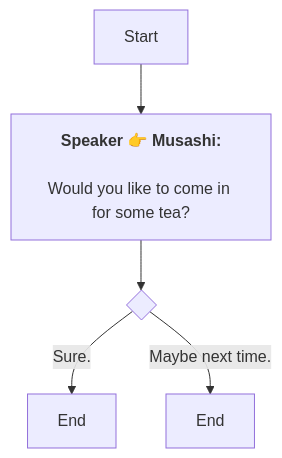
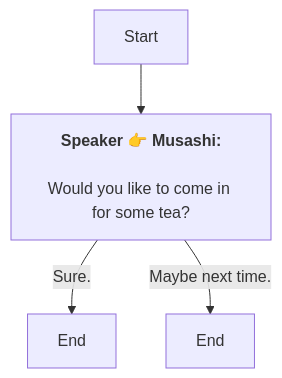
The diagram in En/QuestTalkObjectiveNode_1772948139587879.md (SoftHu/tos_avg), drawn with Mermaid before and after one commit. The commit also changed 737 other files, not shown here.

````diff
--- a/En/QuestTalkObjectiveNode_1772948139587879.md
+++ b/En/QuestTalkObjectiveNode_1772948139587879.md
@@ -1,11 +1,9 @@
 ```mermaid
 graph
 Start -->1772948159849771[<b>Speaker 👉 Musashi:</b>
+\nWould you like to come in for some tea? 
+]
+1772948159849771 -->|Sure.|1772948159850799[End]
+1772948159849771 -->|Maybe next time. |1772948159850800[End]
 
-Would you like to come in for some tea? 
-]
-1772948159849771 -->1772948159850798{ }
-1772948159850798 -->|Sure.|1772948159850799[End]
-1772948159850798 -->|Maybe next time. |1772948159850800[End]
-
- ```
+```
````
